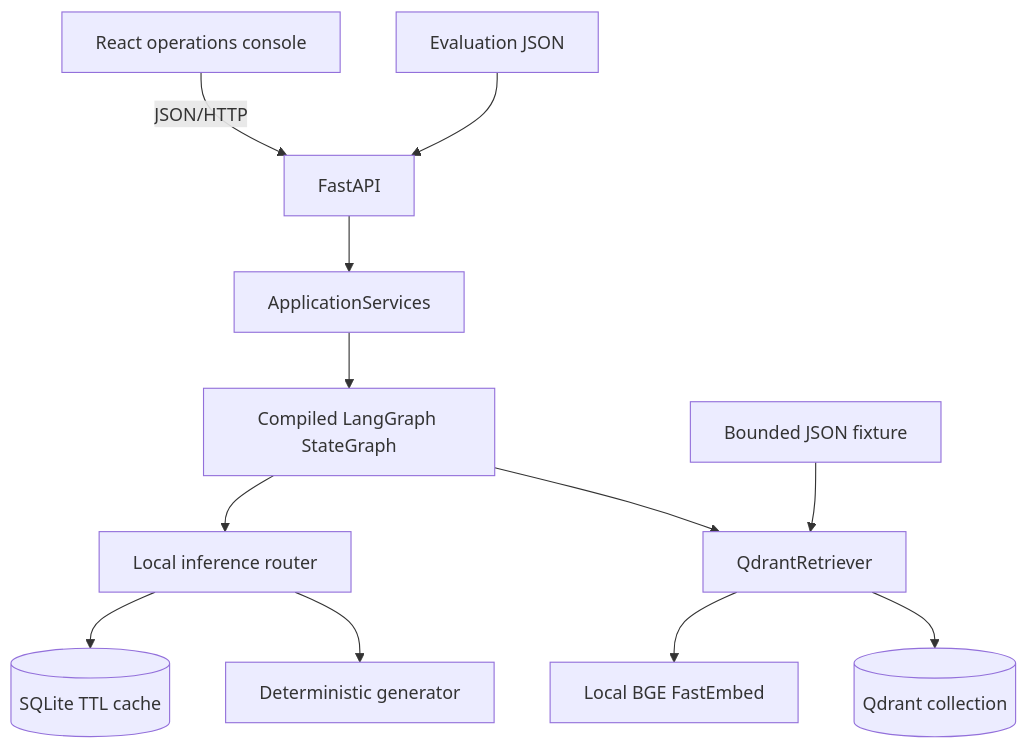
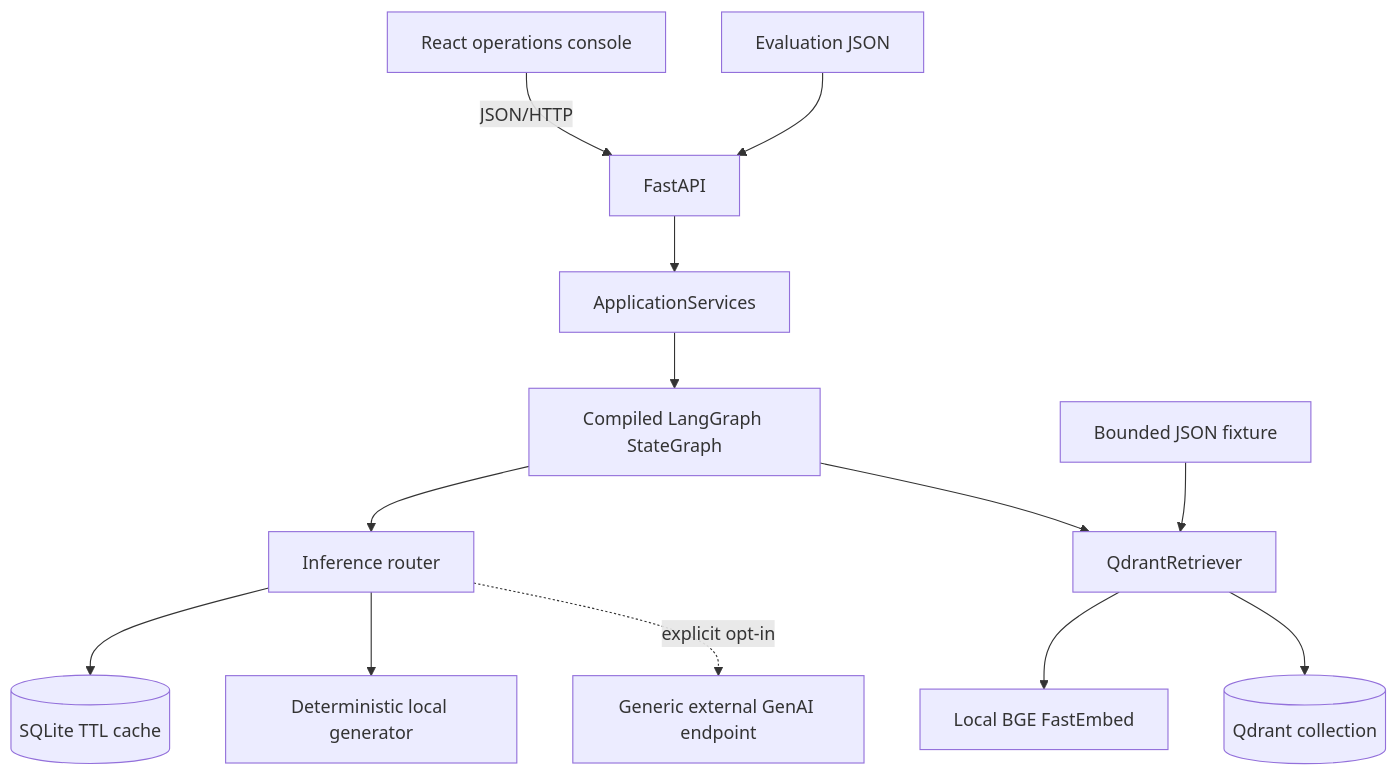
The diagram in docs/architecture.md (Praciller/customer-support-rag-triage-agent), drawn with Mermaid before and after one commit. The commit also changed other lines of this file, not shown here.

Commit message:
Restore external inference boundary in architecture

````diff
--- a/docs/architecture.md
+++ b/docs/architecture.md
@@ -5,14 +5,15 @@
 ```mermaid
 flowchart TB
   Browser[React operations console] -->|JSON/HTTP| API[FastAPI]
   API --> Services[ApplicationServices]
   Services --> Graph[Compiled LangGraph StateGraph]
-  Graph --> Router[Local inference router]
+  Graph --> Router[Inference router]
   Router --> Cache[(SQLite TTL cache)]
-  Router --> Local[Deterministic generator]
+  Router --> Local[Deterministic local generator]
+  Router -. explicit opt-in .-> External[Generic external GenAI endpoint]
   Graph --> Retriever[QdrantRetriever]
   Retriever --> Embedder[Local BGE FastEmbed]
   Retriever --> Qdrant[(Qdrant collection)]
   Bootstrap[Bounded JSON fixture] --> Retriever
   Reports[Evaluation JSON] --> API
 ```
````
